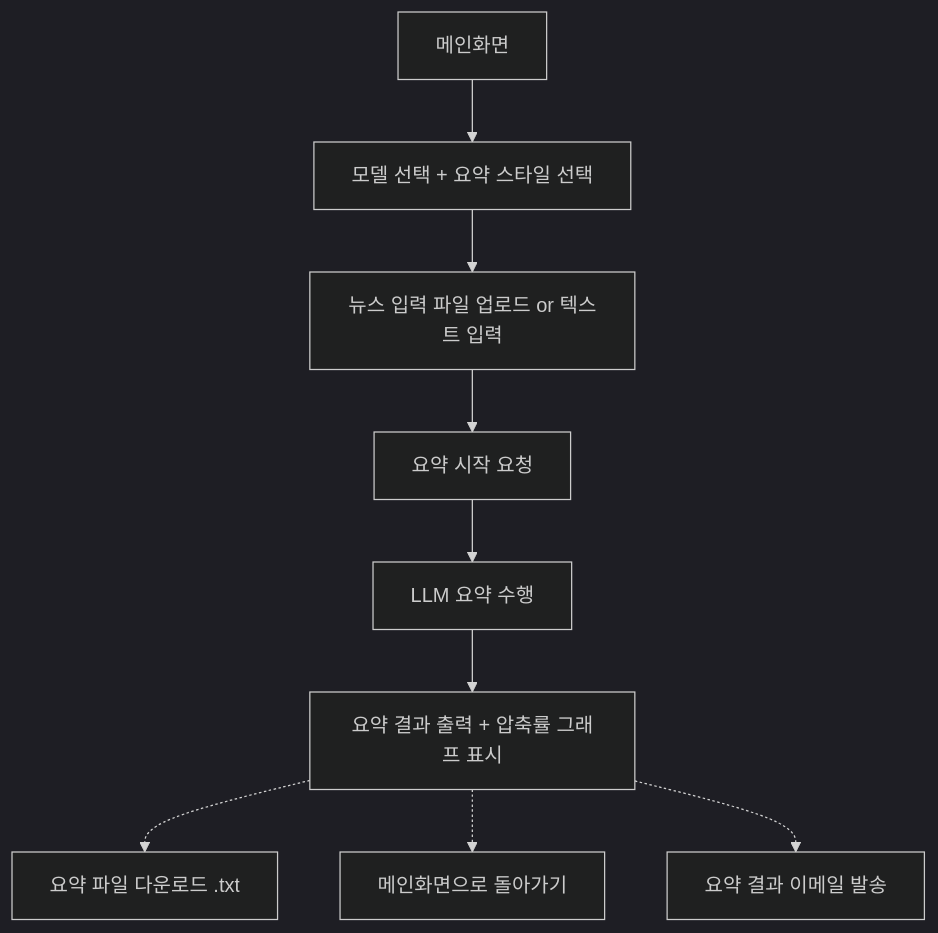
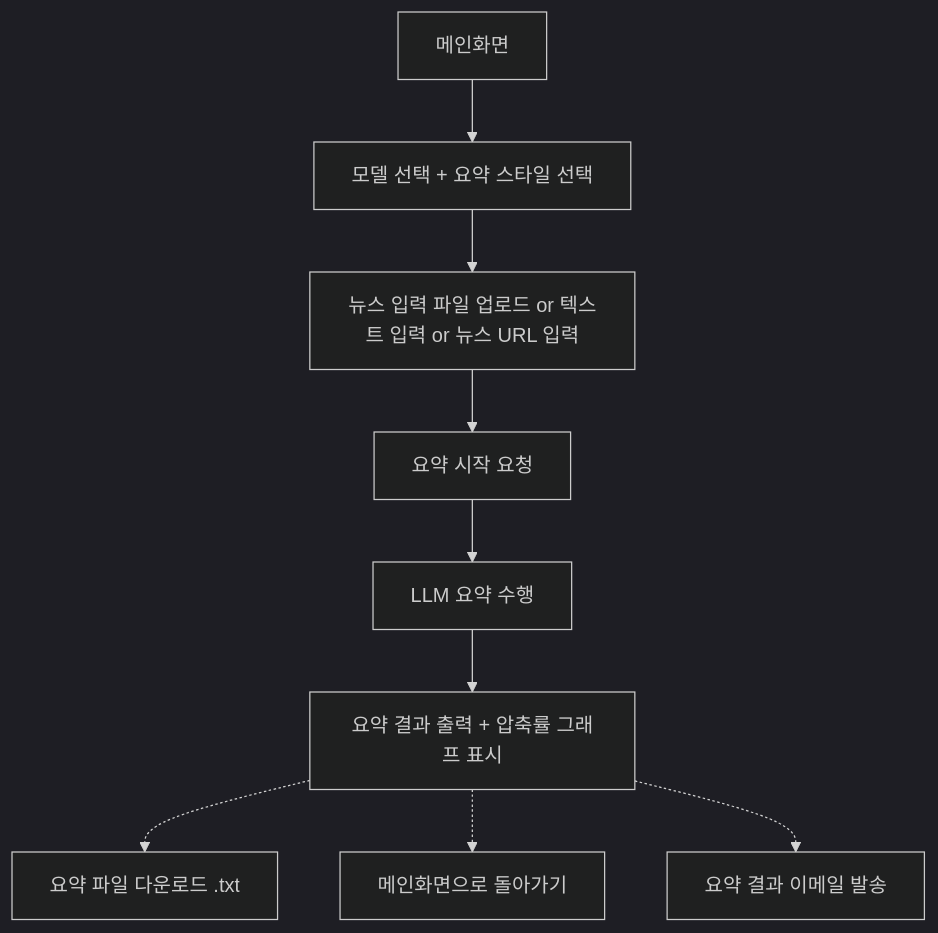
Before and after one commit to HenryPark62/AI_News_Summary: the diagram in news_summary/중간보고서.md, drawn with Mermaid (dark theme). The commit also changed other lines of this file and 6 other files, not shown here.

````diff
--- a/news_summary/중간보고서.md
+++ b/news_summary/중간보고서.md
@@ -62,12 +62,12 @@
 ```mermaid
 flowchart TB
     A[메인화면] --> B[모델 선택 + 요약 스타일 선택]
-    B --> C[뉴스 입력 파일 업로드 or 텍스트 입력]
+    B --> C[뉴스 입력 파일 업로드 or 텍스트 입력 or 뉴스 URL 입력]
     C --> D[요약 시작 요청]
     D --> E[LLM 요약 수행]
     E --> F[요약 결과 출력 + 압축률 그래프 표시]
     F -.-> G1[요약 파일 다운로드 .txt]
     F -.-> G2[메인화면으로 돌아가기]
     F -.-> G3[요약 결과 이메일 발송]
     
 ```
````
